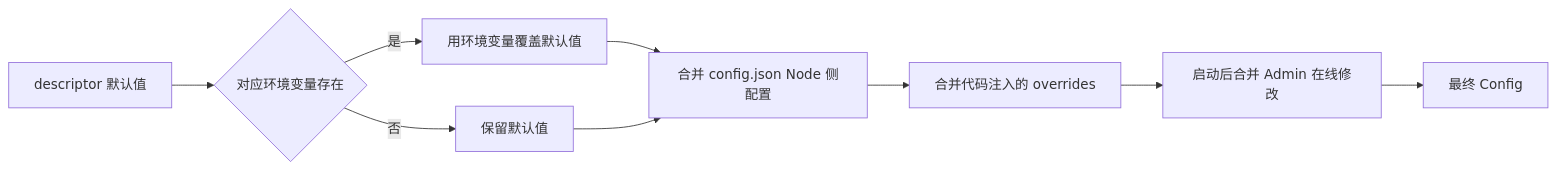
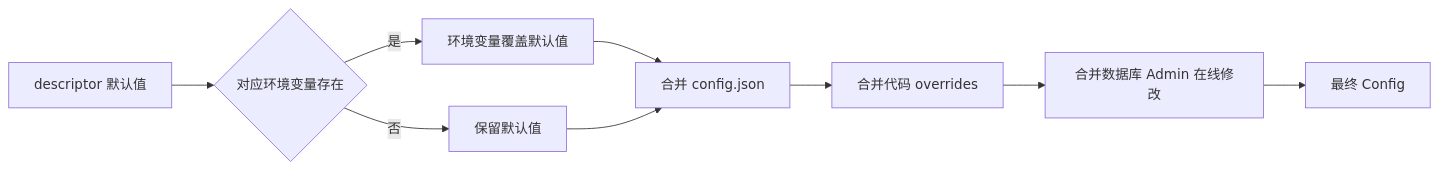
Before and after one commit to lfire/AFFiNE: the third of 4 diagrams in learning-guide/slides/decks/27.md, drawn with Mermaid. The commit also changed other lines of this file and 46 other files, not shown here.

````diff
--- a/learning-guide/slides/decks/27.md
+++ b/learning-guide/slides/decks/27.md
@@ -251,11 +204,11 @@
 ```mermaid
 flowchart LR
-  A[descriptor 默认值] --> B{对应环境变量存在}
-  B -->|是| C[用环境变量覆盖默认值]
-  B -->|否| D[保留默认值]
-  C --> E["合并 config.json Node 侧配置"]
+  A["descriptor 默认值"] --> B{"对应环境变量存在"}
+  B -->|是| C["环境变量覆盖默认值"]
+  B -->|否| D["保留默认值"]
+  C --> E["合并 config.json"]
   D --> E
-  E --> F[合并代码注入的 overrides]
-  F --> G[启动后合并 Admin 在线修改]
-  G --> H[最终 Config]
+  E --> F["合并代码 overrides"]
+  F --> G["合并数据库 Admin 在线修改"]
+  G --> H["最终 Config"]
 ```
````
